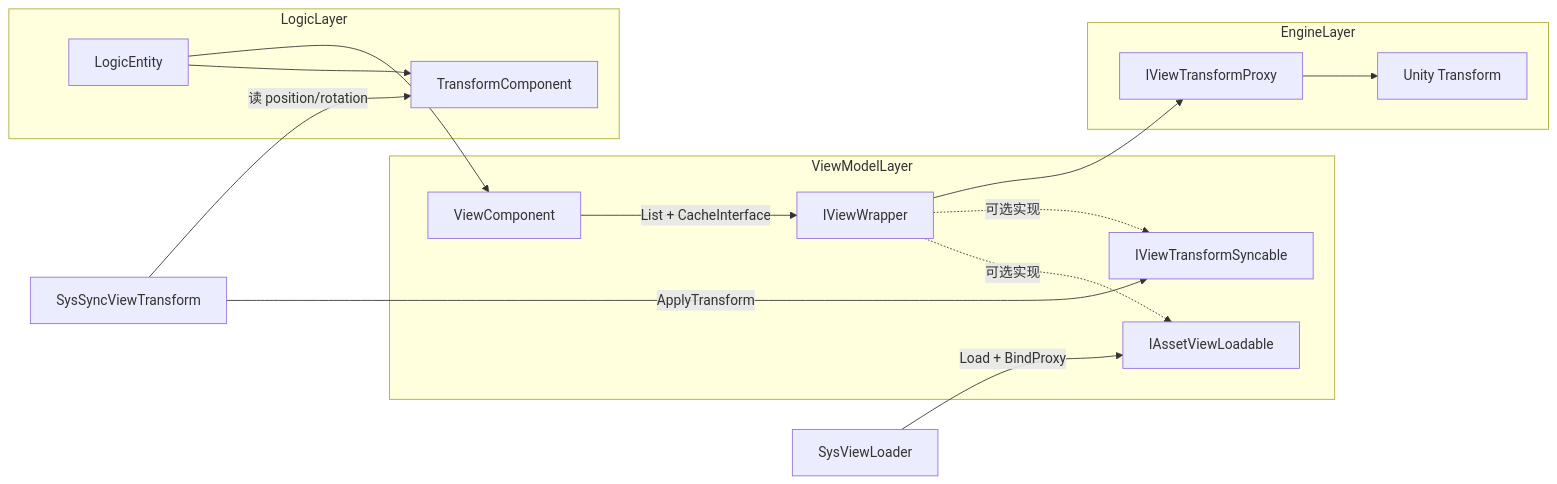
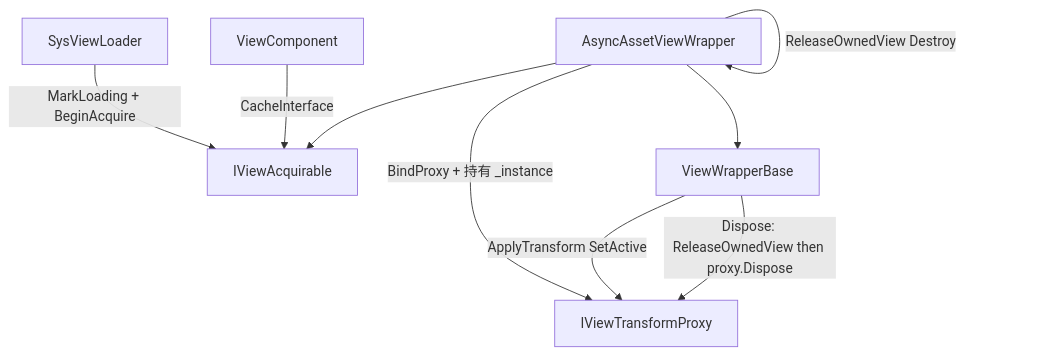
The diagram in Assets/HotScripts/Framework/Subassembly/ECWorld.LiteUnity/LogicComponent/ViewComponent/ViewComponent.Design.md (phoenixZn/XianzyUnity), drawn with Mermaid before and after one commit. The commit also changed other lines of this file and 6 other files, not shown here.

Commit message:
优化ViewComponent相关代码+新增AsyncAssetViewWrapper

````diff
--- a/Assets/HotScripts/Framework/Subassembly/ECWorld.LiteUnity/LogicComponent/ViewComponent/ViewComponent.Design.md
+++ b/Assets/HotScripts/Framework/Subassembly/ECWorld.LiteUnity/LogicComponent/ViewComponent/ViewComponent.Design.md
@@ -20,27 +20,17 @@
 ```mermaid
-flowchart LR
-    subgraph logic [LogicLayer]
-        Entity[LogicEntity]
-        TC[TransformComponent]
-    end
-    subgraph vm [ViewModelLayer]
-        VC[ViewComponent]
-        VW[IViewWrapper]
-        AL[IAssetViewLoadable]
-        TS[IViewTransformSyncable]
-    end
-    subgraph engine [EngineLayer]
-        Proxy[IViewTransformProxy]
-        GO[Unity Transform]
-    end
-    Entity --> TC
-    Entity --> VC
-    VC -->|"List + CacheInterface"| VW
-    VW -.->|可选实现| AL
-    VW -.->|可选实现| TS
-    VW --> Proxy
-    Proxy --> GO
-    SysSync[SysSyncViewTransform] -->|"读 position/rotation"| TC
-    SysSync -->|"ApplyTransform"| TS
-    SysLoad[SysViewLoader] -->|"Load + BindProxy"| AL
+flowchart TB
+    Sys[SysViewLoader]
+    VC[ViewComponent]
+    Acq[IViewAcquirable]
+    Base[ViewWrapperBase]
+    Sub[AsyncAssetViewWrapper]
+    Proxy[IViewTransformProxy]
+    Sys -->|"MarkLoading + BeginAcquire"| Acq
+    VC -->|"CacheInterface"| Acq
+    Sub --> Acq
+    Sub --> Base
+    Sub -->|"BindProxy + 持有 _instance"| Proxy
+    Base -->|"ApplyTransform SetActive"| Proxy
+    Sub -->|"ReleaseOwnedView Destroy"| Sub
+    Base -->|"Dispose: ReleaseOwnedView then proxy.Dispose"| Proxy
 ```
````
